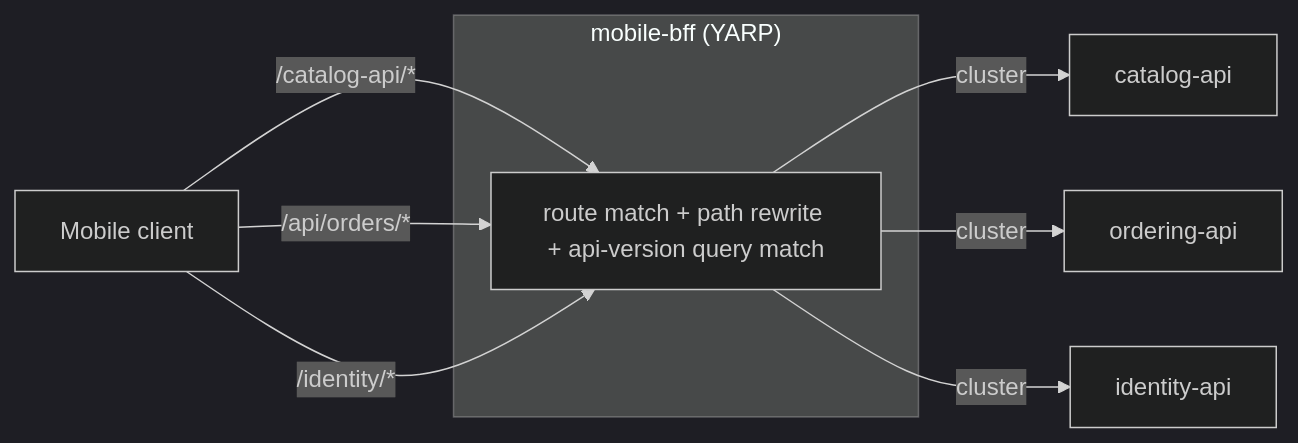
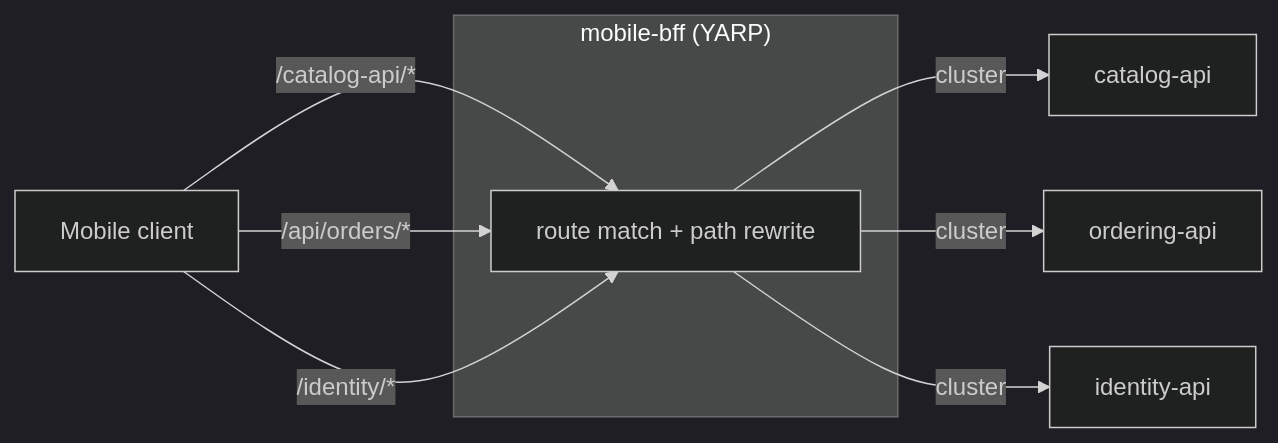
One commit to mayurjp/dev-blog changed the first of 2 diagrams in _posts/2025-08-15-api-gateway.md. Above: the diagram before and after it, drawn with Mermaid (dark theme). The commit also changed other lines of this file and 27 other files, not shown here.

````diff
--- a/_posts/2025-08-15-api-gateway.md
+++ b/_posts/2025-08-15-api-gateway.md
@@ -43,13 +35,13 @@
 ```mermaid
 flowchart LR
     MC["Mobile client"]
     subgraph BFF["mobile-bff (YARP)"]
-        RM["route match + path rewrite + api-version query match"]
+        RM["route match + path rewrite"]
     end
     MC -- "/catalog-api/*" --> RM
     MC -- "/api/orders/*" --> RM
     MC -- "/identity/*" --> RM
     RM -- "cluster" --> Catalog["catalog-api"]
     RM -- "cluster" --> Ordering["ordering-api"]
     RM -- "cluster" --> Identity["identity-api"]
 ```
````
